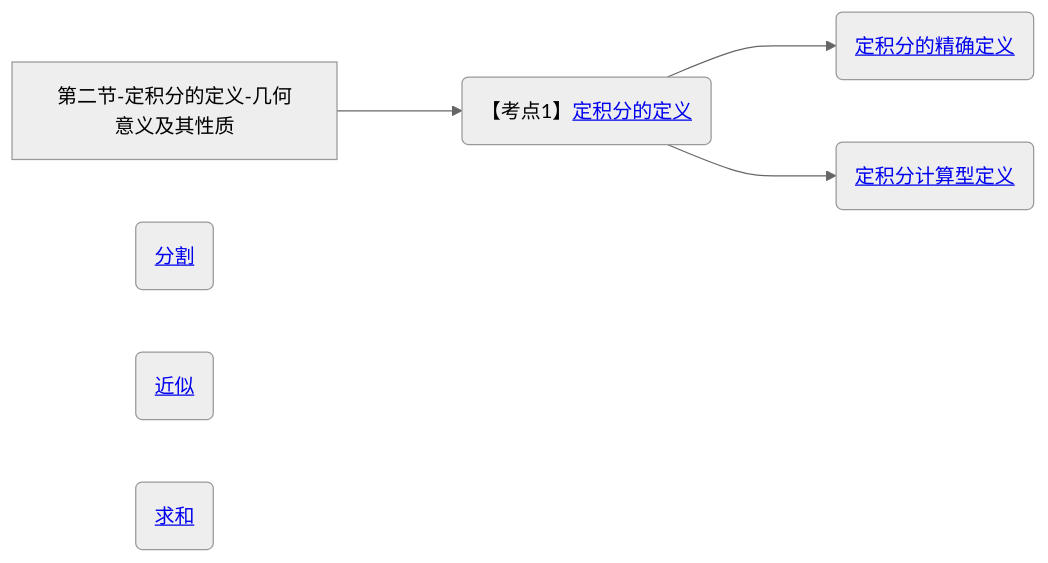
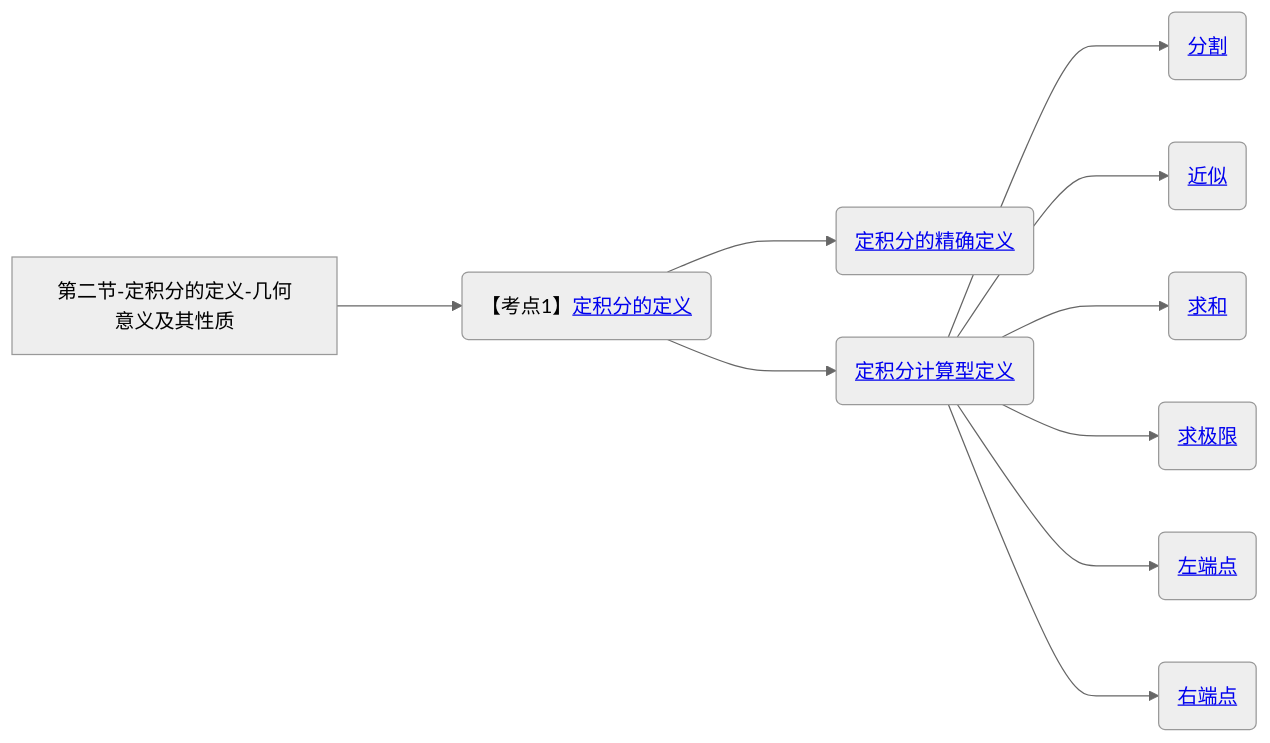
Before and after one commit to yuebinghui/note: diagram 19 of 19 in 笔记/数学/周洋鑫/01.基础班思维导图.md, drawn with Mermaid (neutral theme). The commit also changed 9 other files, not shown here.

````diff
--- a/笔记/数学/周洋鑫/01.基础班思维导图.md
+++ b/笔记/数学/周洋鑫/01.基础班思维导图.md
@@ -694,14 +694,17 @@
 ```mermaid
 graph LR
 第二节-定积分的定义-几何意义及其性质
 
 第二节-定积分的定义-几何意义及其性质--->定积分的定义(【考点1】<a href="/Users/yuebinghui/Documents/program/github/note/笔记/数学/周洋鑫/基础班/21.定积分的定义_1.md#定积分的定义">定积分的定义</>)
 
 定积分的定义--->定积分的精确定义(<a href="/Users/yuebinghui/Documents/program/github/note/笔记/数学/周洋鑫/基础班/21.定积分的定义_1.md#定积分的精确定义">定积分的精确定义</>)
 定积分的精确定义
 定积分的定义--->定积分计算型定义(<a href="/Users/yuebinghui/Documents/program/github/note/笔记/数学/周洋鑫/基础班/21.定积分的定义_1.md#定积分计算型定义">定积分计算型定义</>)
-分割(<a href="/Users/yuebinghui/Documents/program/github/note/笔记/数学/周洋鑫/基础班/21.定积分的定义_1.md#分割">分割</>)
-近似(<a href="/Users/yuebinghui/Documents/program/github/note/笔记/数学/周洋鑫/基础班/21.定积分的定义_1.md#近似">近似</>)
-求和(<a href="/Users/yuebinghui/Documents/program/github/note/笔记/数学/周洋鑫/基础班/21.定积分的定义_1.md#求和">求和</>)
+定积分计算型定义--->分割(<a href="/Users/yuebinghui/Documents/program/github/note/笔记/数学/周洋鑫/基础班/21.定积分的定义_1.md#分割">分割</>)
+定积分计算型定义--->近似(<a href="/Users/yuebinghui/Documents/program/github/note/笔记/数学/周洋鑫/基础班/21.定积分的定义_1.md#近似">近似</>)
+定积分计算型定义--->求和(<a href="/Users/yuebinghui/Documents/program/github/note/笔记/数学/周洋鑫/基础班/21.定积分的定义_1.md#求和">求和</>)
+定积分计算型定义--->求极限(<a href="/Users/yuebinghui/Documents/program/github/note/笔记/数学/周洋鑫/基础班/21.定积分的定义_1.md#求极限">求极限</>)
+定积分计算型定义--->左端点(<a href="/Users/yuebinghui/Documents/program/github/note/笔记/数学/周洋鑫/基础班/21.定积分的定义_1.md#左端点">左端点</>)
+定积分计算型定义--->右端点(<a href="/Users/yuebinghui/Documents/program/github/note/笔记/数学/周洋鑫/基础班/21.定积分的定义_1.md#右端点">右端点</>)
 
 ```
````
